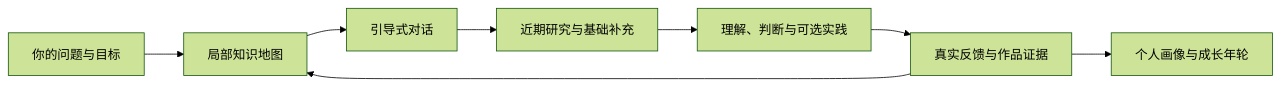
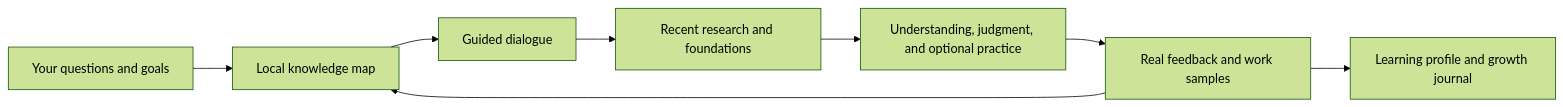
The diagram in README.md (zakerror/cognirings), drawn with Mermaid (forest theme) before and after one commit. The commit also changed other lines of this file and 1 other file, not shown here.

````diff
--- a/README.md
+++ b/README.md
@@ -27,10 +27,10 @@
 ```mermaid
 flowchart LR
-    Q[你的问题与目标] --> M[局部知识地图]
-    M --> D[引导式对话]
-    D --> R[近期研究与基础补充]
-    R --> U[理解、判断与可选实践]
-    U --> F[真实反馈与作品证据]
+    Q[Your questions and goals] --> M[Local knowledge map]
+    M --> D[Guided dialogue]
+    D --> R[Recent research and foundations]
+    R --> U[Understanding, judgment, and optional practice]
+    U --> F[Real feedback and work samples]
     F --> M
-    F --> A[个人画像与成长年轮]
+    F --> A[Learning profile and growth journal]
 ```
````
